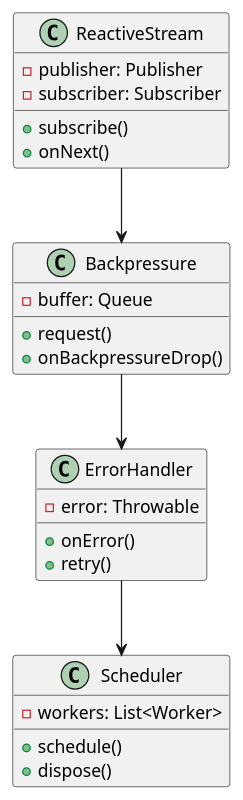
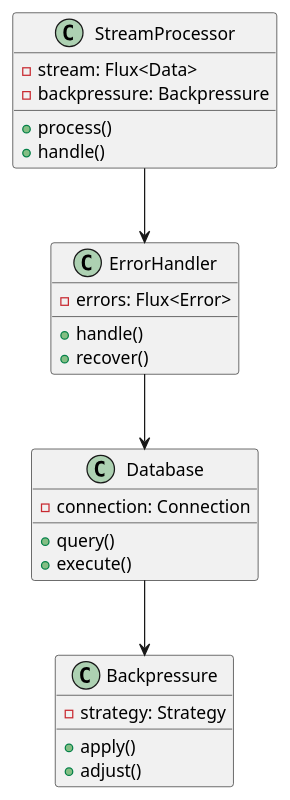
One commit to fine5351/info-sync changed the second of 3 diagrams in doc/learning/lib/spring_webflux_tutorial.md. Above: the diagram before and after it, drawn with PlantUML. The commit also changed other lines of this file and 4 other files, not shown here.

````diff
--- a/doc/learning/lib/spring_webflux_tutorial.md
+++ b/doc/learning/lib/spring_webflux_tutorial.md
@@ -93,32 +98,32 @@
 ```plantuml
 @startuml
-class ReactiveStream {
-    - publisher: Publisher
-    - subscriber: Subscriber
-    + subscribe()
-    + onNext()
+class StreamProcessor {
+    - stream: Flux<Data>
+    - backpressure: Backpressure
+    + process()
+    + handle()
+}
+
+class ErrorHandler {
+    - errors: Flux<Error>
+    + handle()
+    + recover()
+}
+
+class Database {
+    - connection: Connection
+    + query()
+    + execute()
 }
 
 class Backpressure {
-    - buffer: Queue
-    + request()
-    + onBackpressureDrop()
+    - strategy: Strategy
+    + apply()
+    + adjust()
 }
 
-class ErrorHandler {
-    - error: Throwable
-    + onError()
-    + retry()
-}
-
-class Scheduler {
-    - workers: List<Worker>
-    + schedule()
-    + dispose()
-}
-
-ReactiveStream --> Backpressure
-Backpressure --> ErrorHandler
-ErrorHandler --> Scheduler
+StreamProcessor --> ErrorHandler
+ErrorHandler --> Database
+Database --> Backpressure
 @enduml
 ```
````
